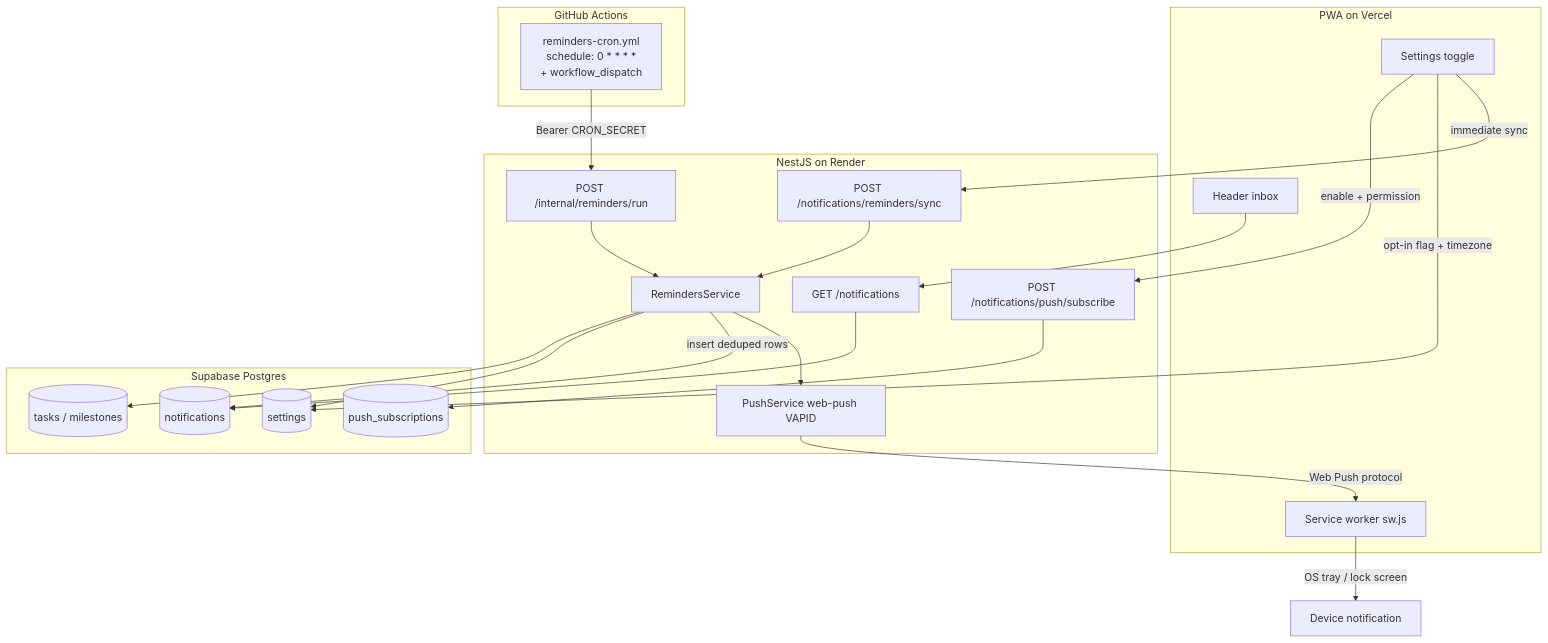
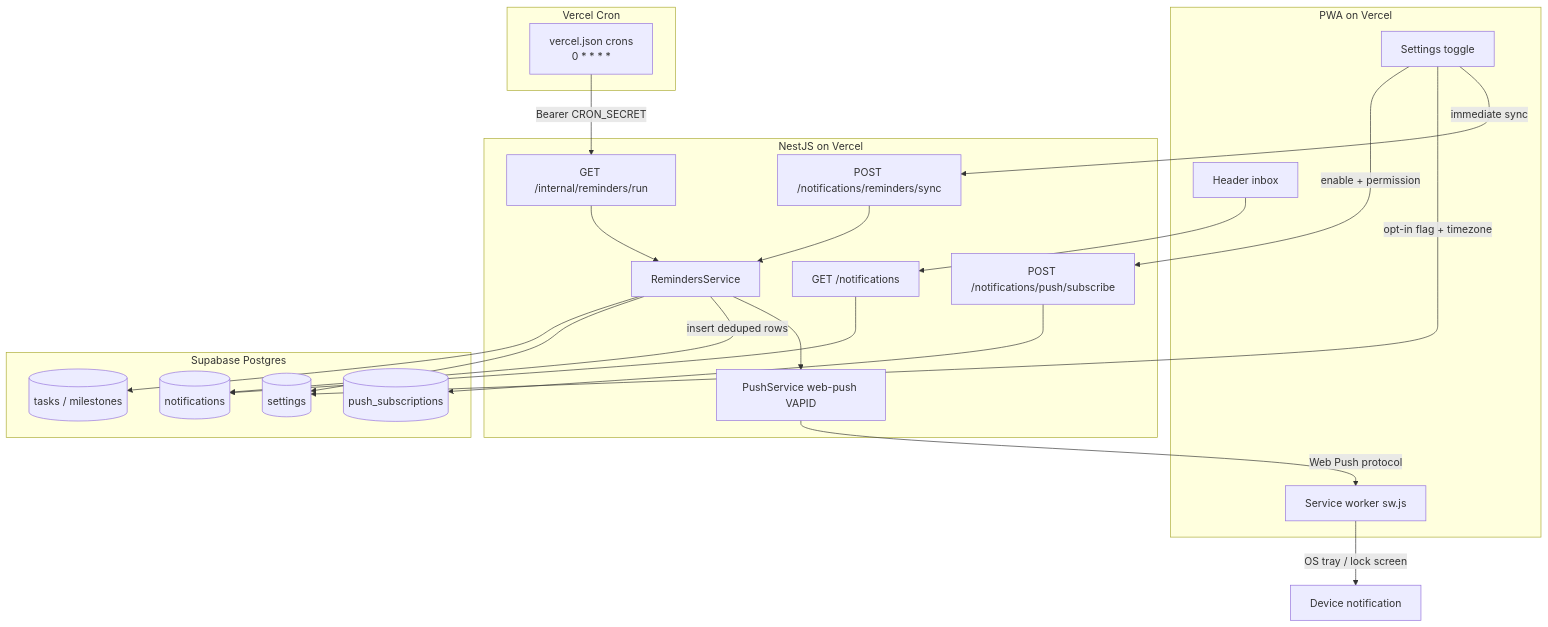
The first of 4 diagrams in apps/backend/docs/notifications-cron.md (hemants1703/AmbitiousYou), drawn with Mermaid before and after one commit. The commit also changed other lines of this file and 33 other files, not shown here.

````diff
--- a/apps/backend/docs/notifications-cron.md
+++ b/apps/backend/docs/notifications-cron.md
@@ -23,44 +23,44 @@
 ```mermaid
 flowchart TB
   subgraph clients [PWA on Vercel]
     Settings[Settings toggle]
     SW[Service worker sw.js]
     Inbox[Header inbox]
   end
 
-  subgraph backend [NestJS on Render]
+  subgraph backend [NestJS on Vercel]
     SubAPI[POST /notifications/push/subscribe]
     SyncAPI[POST /notifications/reminders/sync]
-    CronAPI[POST /internal/reminders/run]
+    CronAPI[GET /internal/reminders/run]
     Reminders[RemindersService]
     Push[PushService web-push VAPID]
     InboxAPI[GET /notifications]
   end
 
   subgraph data [Supabase Postgres]
     SettingsTbl[(settings)]
     Subs[(push_subscriptions)]
     Notifs[(notifications)]
     Tasks[(tasks / milestones)]
   end
 
-  subgraph schedule [GitHub Actions]
-    GA["reminders-cron.yml\nschedule: 0 * * * *\n+ workflow_dispatch"]
+  subgraph schedule [Vercel Cron]
+    VC["vercel.json crons\n0 * * * *"]
   end
 
   Settings -->|enable + permission| SubAPI
   SubAPI --> Subs
   Settings -->|opt-in flag + timezone| SettingsTbl
   Settings -->|immediate sync| SyncAPI
-  GA -->|Bearer CRON_SECRET| CronAPI
+  VC -->|Bearer CRON_SECRET| CronAPI
   CronAPI --> Reminders
   SyncAPI --> Reminders
   Reminders --> Tasks
   Reminders --> SettingsTbl
   Reminders -->|insert deduped rows| Notifs
   Reminders --> Push
   Push -->|Web Push protocol| SW
   SW -->|OS tray / lock screen| OS[Device notification]
   Inbox --> InboxAPI
   InboxAPI --> Notifs
 ```
````
